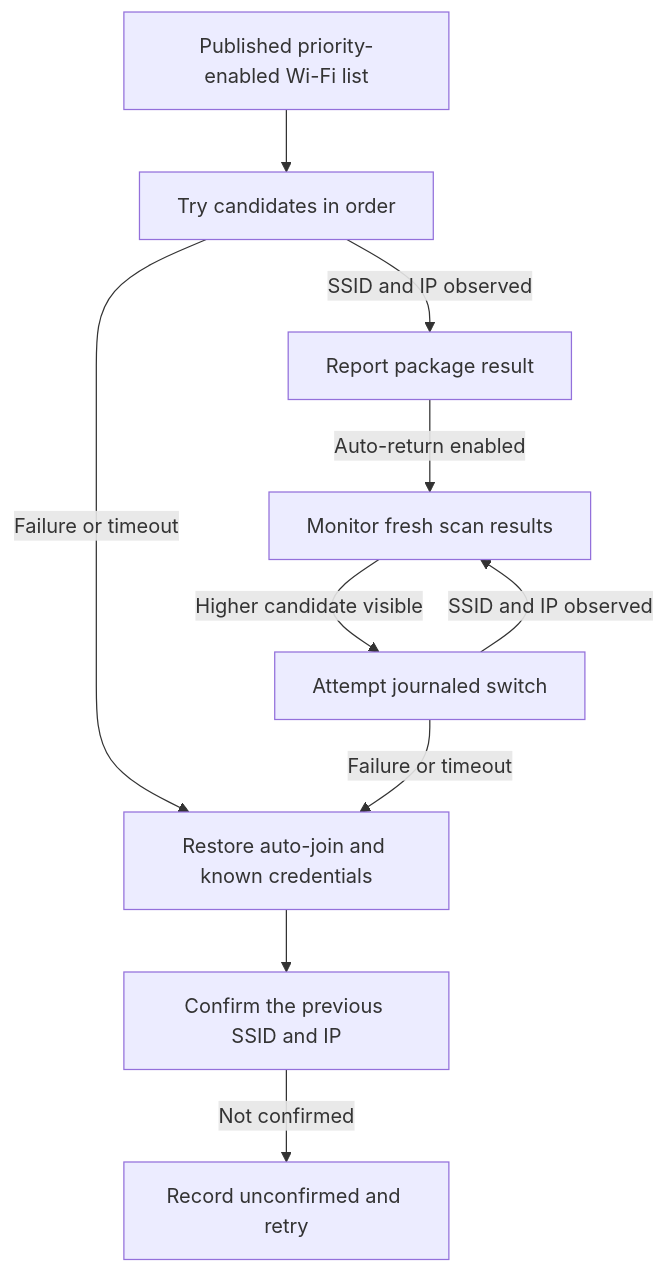
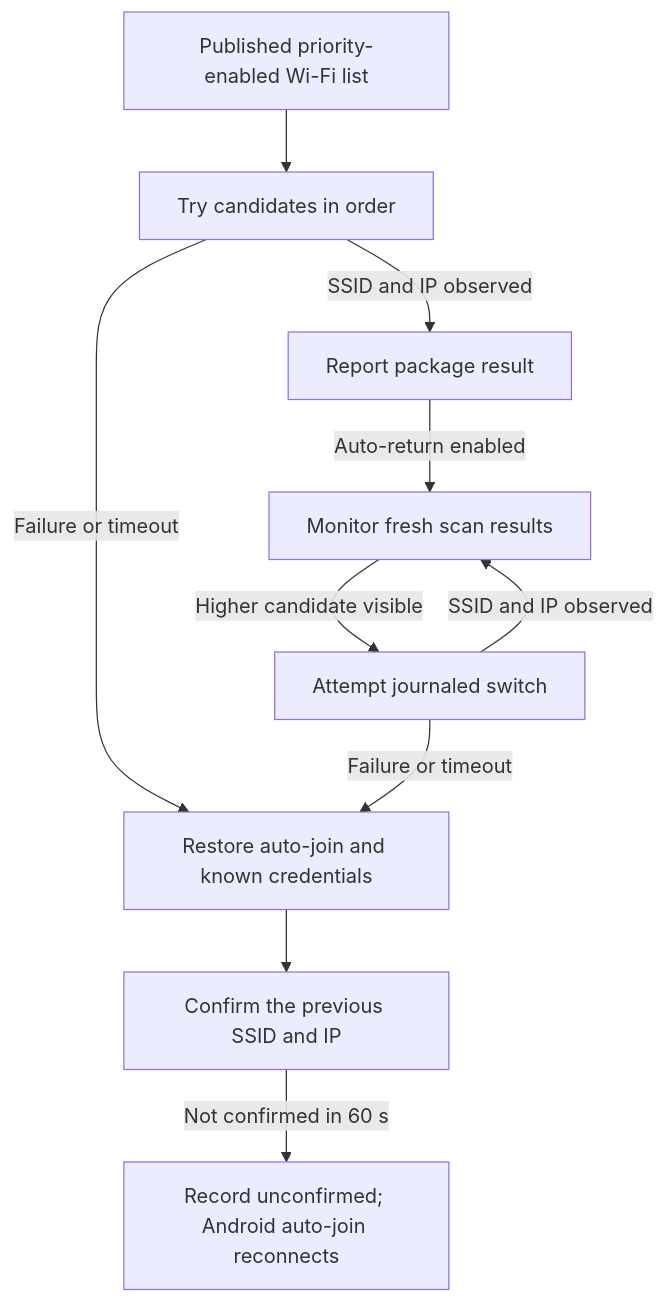
Before and after one commit to styly-dev/STYLY-MDM: the diagram in docs/WIFI_SETTINGS.md, drawn with Mermaid. The commit also changed other lines of this file and 30 other files, not shown here.

First line of the commit message:
Harden Wi-Fi recovery and lean on OS auto-join

````diff
--- a/docs/WIFI_SETTINGS.md
+++ b/docs/WIFI_SETTINGS.md
@@ -59,12 +68,12 @@
 ```mermaid
 flowchart TD
     Package["Published priority-enabled Wi-Fi list"] --> Apply["Try candidates in order"]
     Apply -->|"SSID and IP observed"| Applied["Report package result"]
     Apply -->|"Failure or timeout"| Recover["Restore auto-join and known credentials"]
     Recover --> Verify["Confirm the previous SSID and IP"]
-    Verify -->|"Not confirmed"| Retry["Record unconfirmed and retry"]
+    Verify -->|"Not confirmed in 60 s"| Unconfirmed["Record unconfirmed; Android auto-join reconnects"]
     Applied -->|"Auto-return enabled"| Scan["Monitor fresh scan results"]
     Scan -->|"Higher candidate visible"| Switch["Attempt journaled switch"]
     Switch -->|"Failure or timeout"| Recover
     Switch -->|"SSID and IP observed"| Scan
 ```
````
